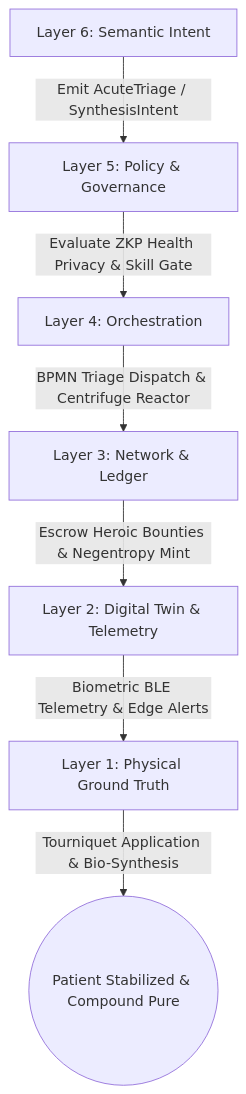
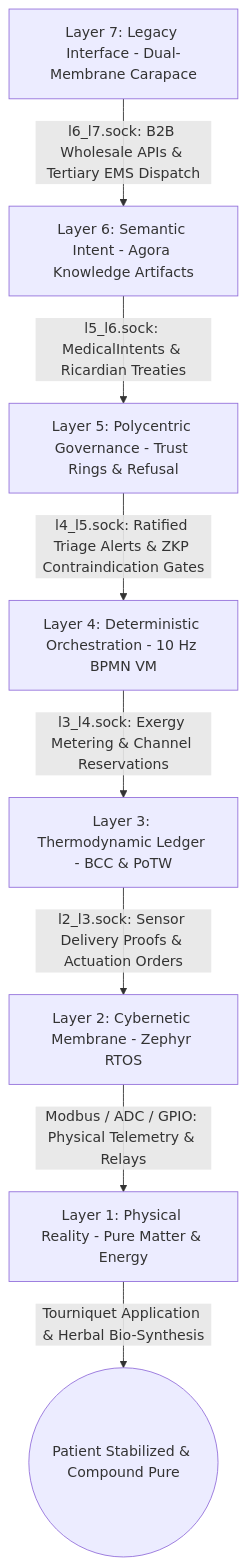
Before and after one commit to raffaine/collective: the first of 4 diagrams in docs/scenarios/chi_paramedic.md, drawn with Mermaid. The commit also changed other lines of this file and 23 other files, not shown here.

````diff
--- a/docs/scenarios/chi_paramedic.md
+++ b/docs/scenarios/chi_paramedic.md
@@ -39,9 +42,10 @@
 ```mermaid
 graph TD
-    L6[Layer 6: Semantic Intent] -->|Emit AcuteTriage / SynthesisIntent| L5[Layer 5: Policy & Governance]
-    L5 -->|Evaluate ZKP Health Privacy & Skill Gate| L4[Layer 4: Orchestration]
-    L4 -->|BPMN Triage Dispatch & Centrifuge Reactor| L3[Layer 3: Network & Ledger]
-    L3 -->|Escrow Heroic Bounties & Negentropy Mint| L2[Layer 2: Digital Twin & Telemetry]
-    L2 -->|Biometric BLE Telemetry & Edge Alerts| L1[Layer 1: Physical Ground Truth]
-    L1 -->|Tourniquet Application & Bio-Synthesis| End((Patient Stabilized & Compound Pure))
+    L7[Layer 7: Legacy Interface - Dual-Membrane Carapace] -->|l6_l7.sock: B2B Wholesale APIs & Tertiary EMS Dispatch| L6[Layer 6: Semantic Intent - Agora Knowledge Artifacts]
+    L6 -->|l5_l6.sock: MedicalIntents & Ricardian Treaties| L5[Layer 5: Polycentric Governance - Trust Rings & Refusal]
+    L5 -->|l4_l5.sock: Ratified Triage Alerts & ZKP Contraindication Gates| L4[Layer 4: Deterministic Orchestration - 10 Hz BPMN VM]
+    L4 -->|l3_l4.sock: Exergy Metering & Channel Reservations| L3[Layer 3: Thermodynamic Ledger - BCC & PoTW]
+    L3 -->|l2_l3.sock: Sensor Delivery Proofs & Actuation Orders| L2[Layer 2: Cybernetic Membrane - Zephyr RTOS]
+    L2 -->|Modbus / ADC / GPIO: Physical Telemetry & Relays| L1[Layer 1: Physical Reality - Pure Matter & Energy]
+    L1 -->|Tourniquet Application & Herbal Bio-Synthesis| End((Patient Stabilized & Compound Pure))
 ```
````
